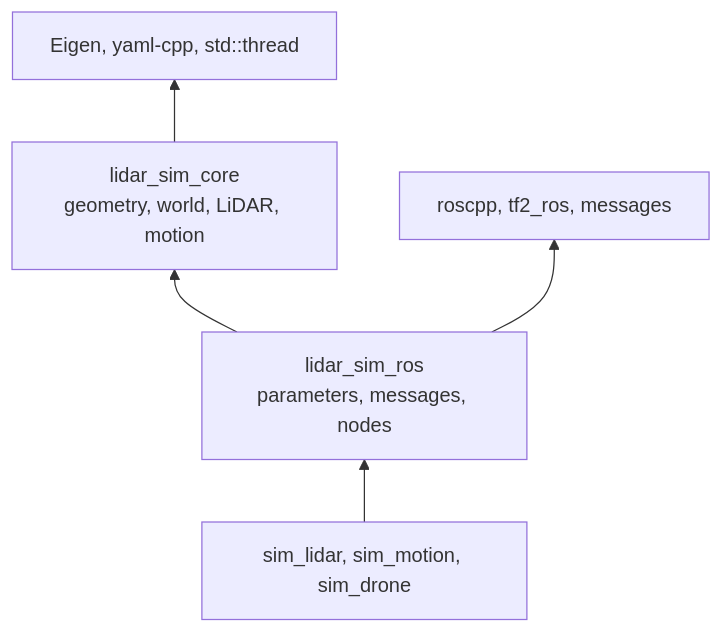
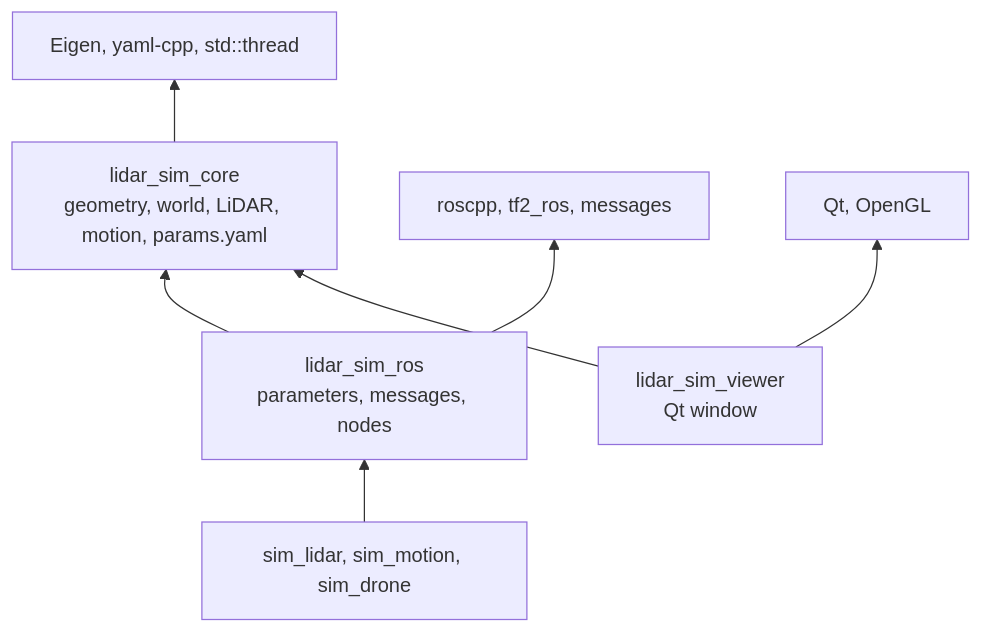
One commit to adrianomcr/lidar_sim changed the first of 4 diagrams in docs/architecture.md. Above: the diagram before and after it, drawn with Mermaid. The commit also changed other lines of this file and 16 other files, not shown here.

````diff
--- a/docs/architecture.md
+++ b/docs/architecture.md
@@ -14,12 +18,16 @@
 ```mermaid
 flowchart BT
-  core["lidar_sim_core<br/>geometry, world, LiDAR, motion"]
+  core["lidar_sim_core<br/>geometry, world, LiDAR, motion, params.yaml"]
   ros["lidar_sim_ros<br/>parameters, messages, nodes"]
   nodes["sim_lidar, sim_motion, sim_drone"]
+  viewer["lidar_sim_viewer<br/>Qt window"]
   eigen["Eigen, yaml-cpp, std::thread"]
   roscpp["roscpp, tf2_ros, messages"]
+  qt["Qt, OpenGL"]
   core --> eigen
   ros --> core
   ros --> roscpp
   nodes --> ros
+  viewer --> core
+  viewer --> qt
 ```
````
